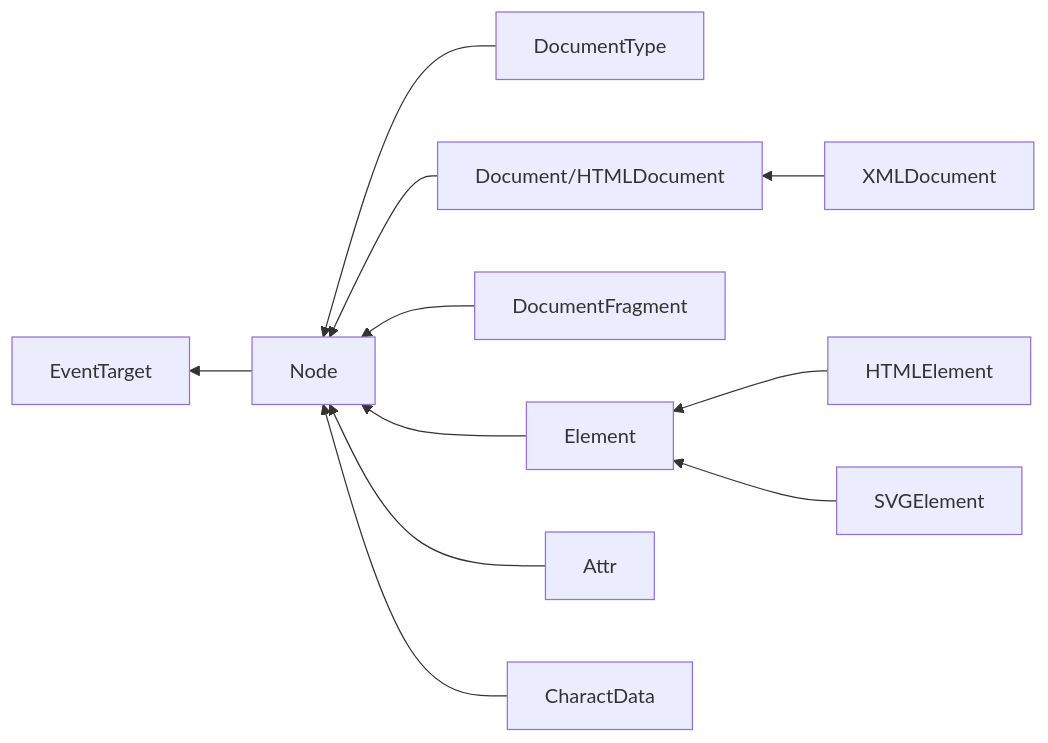
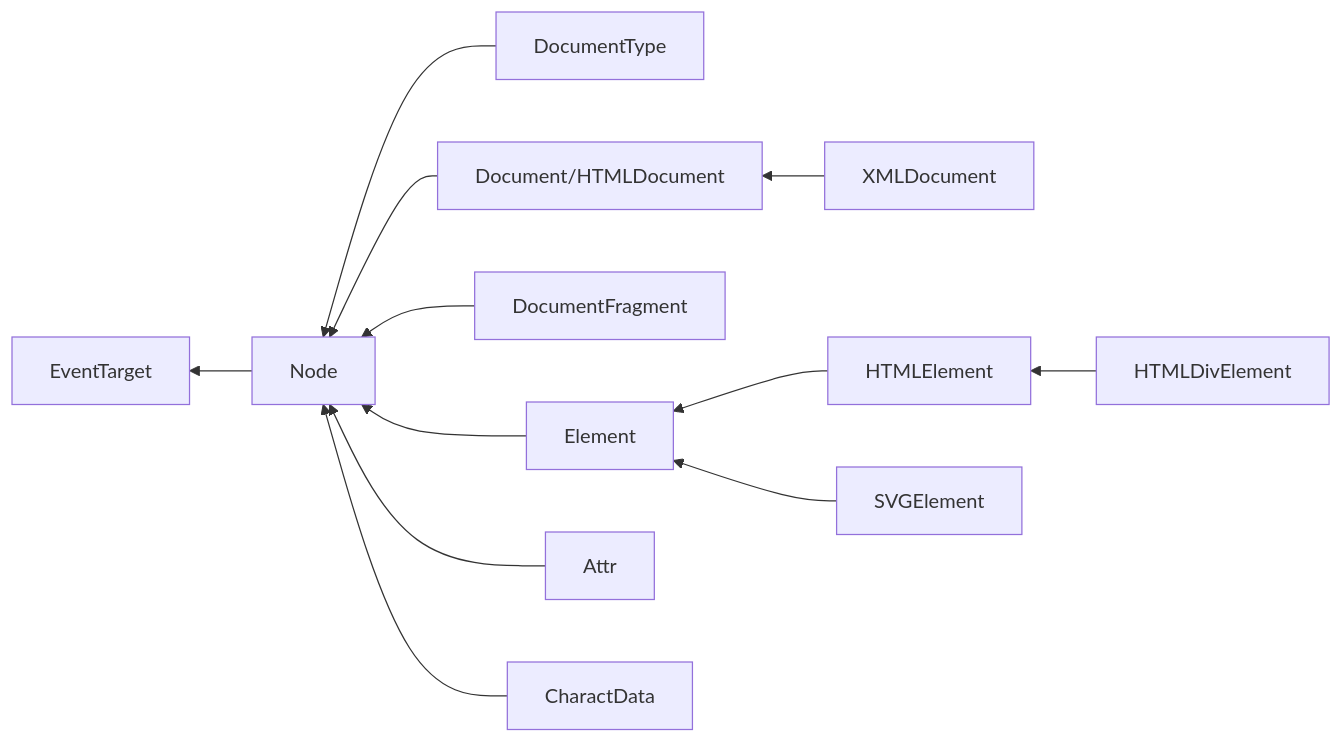
Before and after one commit to chimera-skeleton/scoheart-nextra-blog: the first of 2 diagrams in pages/workings/Figma插件/dom结构.md, drawn with Mermaid. The commit also changed 6 other files, not shown here.

````diff
--- a/pages/workings/Figma插件/dom结构.md
+++ b/pages/workings/Figma插件/dom结构.md
@@ -5,16 +5,18 @@
 ```mermaid
 graph RL;
     Node --> EventTarget
     DocumentType --> Node
     Document/HTMLDocument --> Node
     DocumentFragment --> Node
     Element --> Node
     Attr --> Node
     CharactData --> Node
 
     XMLDocument --> Document/HTMLDocument
 
     HTMLElement --> Element
     SVGElement --> Element
 
+    HTMLDivElement --> HTMLElement
+
 ```
````
